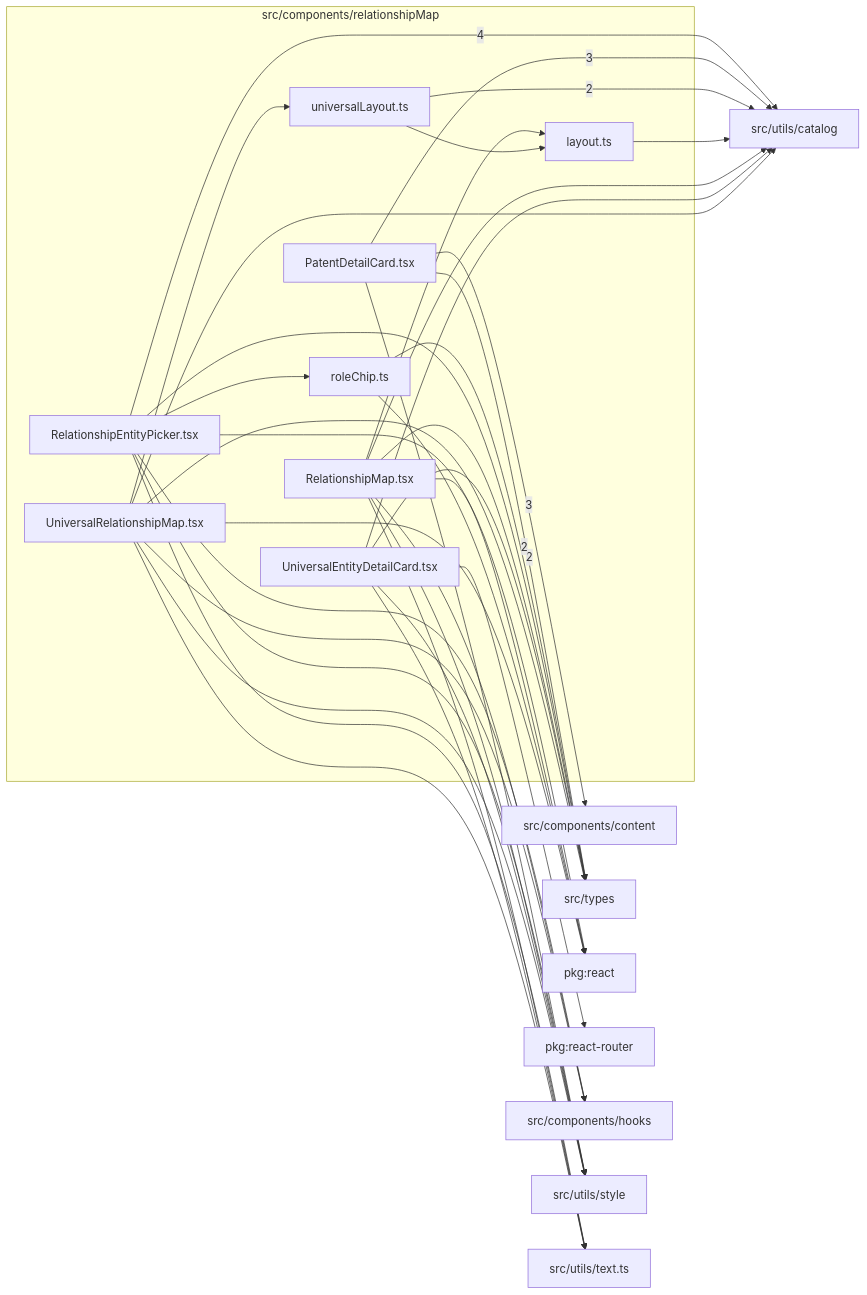
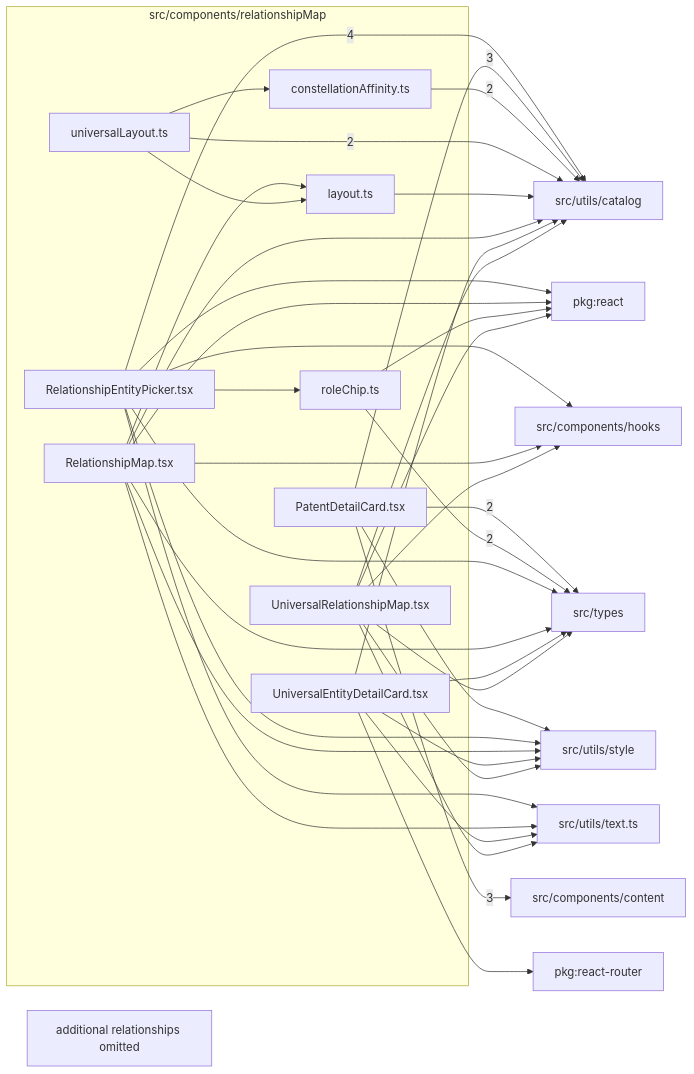
The diagram in src/components/relationshipMap/readme.md (ronbuening/LensVisualizer), drawn with Mermaid before and after one commit. The commit also changed other lines of this file and 10 other files, not shown here.

Commit message:
Optimize universal relationship map layout

````diff
--- a/src/components/relationshipMap/readme.md
+++ b/src/components/relationshipMap/readme.md
@@ -9,56 +9,59 @@
 ```mermaid
 flowchart LR
   subgraph n_src_components_relationshipMap["src/components/relationshipMap"]
+    n_src_components_relationshipMap_src_components_relationshipMap_constellationAffinity_ts["constellationAffinity.ts"]
     n_src_components_relationshipMap_src_components_relationshipMap_layout_ts["layout.ts"]
     n_src_components_relationshipMap_src_components_relationshipMap_PatentDetailCard_tsx["PatentDetailCard.tsx"]
     n_src_components_relationshipMap_src_components_relationshipMap_RelationshipEntityPicker_tsx["RelationshipEntityPicker.tsx"]
     n_src_components_relationshipMap_src_components_relationshipMap_RelationshipMap_tsx["RelationshipMap.tsx"]
     n_src_components_relationshipMap_src_components_relationshipMap_roleChip_ts["roleChip.ts"]
     n_src_components_relationshipMap_src_components_relationshipMap_UniversalEntityDetailCard_tsx["UniversalEntityDetailCard.tsx"]
     n_src_components_relationshipMap_src_components_relationshipMap_universalLayout_ts["universalLayout.ts"]
     n_src_components_relationshipMap_src_components_relationshipMap_UniversalRelationshipMap_tsx["UniversalRelationshipMap.tsx"]
   end
   n_external_src_utils_catalog["src/utils/catalog"]
   n_external_src_components_content["src/components/content"]
   n_external_src_types["src/types"]
   n_external_pkg_react["pkg:react"]
   n_external_pkg_react_router["pkg:react-router"]
   n_external_src_components_hooks["src/components/hooks"]
   n_external_src_utils_style["src/utils/style"]
   n_external_src_utils_text_ts["src/utils/text.ts"]
   n_src_components_relationshipMap_src_components_relationshipMap_RelationshipEntityPicker_tsx --> |4| n_external_src_utils_catalog
   n_src_components_relationshipMap_src_components_relationshipMap_PatentDetailCard_tsx --> |3| n_external_src_components_content
   n_src_components_relationshipMap_src_components_relationshipMap_PatentDetailCard_tsx --> |3| n_external_src_utils_catalog
   n_src_components_relationshipMap_src_components_relationshipMap_PatentDetailCard_tsx --> |2| n_external_src_types
   n_src_components_relationshipMap_src_components_relationshipMap_roleChip_ts --> |2| n_external_src_types
+  n_src_components_relationshipMap_src_components_relationshipMap_constellationAffinity_ts --> |2| n_external_src_utils_catalog
   n_src_components_relationshipMap_src_components_relationshipMap_universalLayout_ts --> |2| n_external_src_utils_catalog
   n_src_components_relationshipMap_src_components_relationshipMap_RelationshipEntityPicker_tsx --> n_external_pkg_react
   n_src_components_relationshipMap_src_components_relationshipMap_RelationshipMap_tsx --> n_external_pkg_react
   n_src_components_relationshipMap_src_components_relationshipMap_roleChip_ts --> n_external_pkg_react
   n_src_components_relationshipMap_src_components_relationshipMap_UniversalRelationshipMap_tsx --> n_external_pkg_react
   n_src_components_relationshipMap_src_components_relationshipMap_UniversalEntityDetailCard_tsx --> n_external_pkg_react_router
   n_src_components_relationshipMap_src_components_relationshipMap_RelationshipEntityPicker_tsx --> n_external_src_components_hooks
   n_src_components_relationshipMap_src_components_relationshipMap_RelationshipMap_tsx --> n_external_src_components_hooks
   n_src_components_relationshipMap_src_components_relationshipMap_UniversalRelationshipMap_tsx --> n_external_src_components_hooks
   n_src_components_relationshipMap_src_components_relationshipMap_RelationshipEntityPicker_tsx --> n_external_src_types
   n_src_components_relationshipMap_src_components_relationshipMap_RelationshipMap_tsx --> n_external_src_types
   n_src_components_relationshipMap_src_components_relationshipMap_UniversalEntityDetailCard_tsx --> n_external_src_types
   n_src_components_relationshipMap_src_components_relationshipMap_UniversalRelationshipMap_tsx --> n_external_src_types
   n_src_components_relationshipMap_src_components_relationshipMap_layout_ts --> n_external_src_utils_catalog
   n_src_components_relationshipMap_src_components_relationshipMap_RelationshipMap_tsx --> n_external_src_utils_catalog
   n_src_components_relationshipMap_src_components_relationshipMap_UniversalEntityDetailCard_tsx --> n_external_src_utils_catalog
   n_src_components_relationshipMap_src_components_relationshipMap_UniversalRelationshipMap_tsx --> n_external_src_utils_catalog
   n_src_components_relationshipMap_src_components_relationshipMap_PatentDetailCard_tsx --> n_external_src_utils_style
   n_src_components_relationshipMap_src_components_relationshipMap_RelationshipEntityPicker_tsx --> n_external_src_utils_style
   n_src_components_relationshipMap_src_components_relationshipMap_RelationshipMap_tsx --> n_external_src_utils_style
   n_src_components_relationshipMap_src_components_relationshipMap_UniversalEntityDetailCard_tsx --> n_external_src_utils_style
   n_src_components_relationshipMap_src_components_relationshipMap_UniversalRelationshipMap_tsx --> n_external_src_utils_style
   n_src_components_relationshipMap_src_components_relationshipMap_RelationshipEntityPicker_tsx --> n_external_src_utils_text_ts
   n_src_components_relationshipMap_src_components_relationshipMap_RelationshipMap_tsx --> n_external_src_utils_text_ts
   n_src_components_relationshipMap_src_components_relationshipMap_UniversalEntityDetailCard_tsx --> n_external_src_utils_text_ts
   n_src_components_relationshipMap_src_components_relationshipMap_UniversalRelationshipMap_tsx --> n_external_src_utils_text_ts
+  n_src_components_relationshipMap_src_components_relationshipMap_universalLayout_ts --> n_src_components_relationshipMap_src_components_relationshipMap_constellationAffinity_ts
   n_src_components_relationshipMap_src_components_relationshipMap_RelationshipMap_tsx --> n_src_components_relationshipMap_src_components_relationshipMap_layout_ts
   n_src_components_relationshipMap_src_components_relationshipMap_universalLayout_ts --> n_src_components_relationshipMap_src_components_relationshipMap_layout_ts
   n_src_components_relationshipMap_src_components_relationshipMap_RelationshipEntityPicker_tsx --> n_src_components_relationshipMap_src_components_relationshipMap_roleChip_ts
-  n_src_components_relationshipMap_src_components_relationshipMap_UniversalRelationshipMap_tsx --> n_src_components_relationshipMap_src_components_relationshipMap_universalLayout_ts
+  n_src_components_relationshipMap_truncated["additional relationships omitted"]
 ```
````
